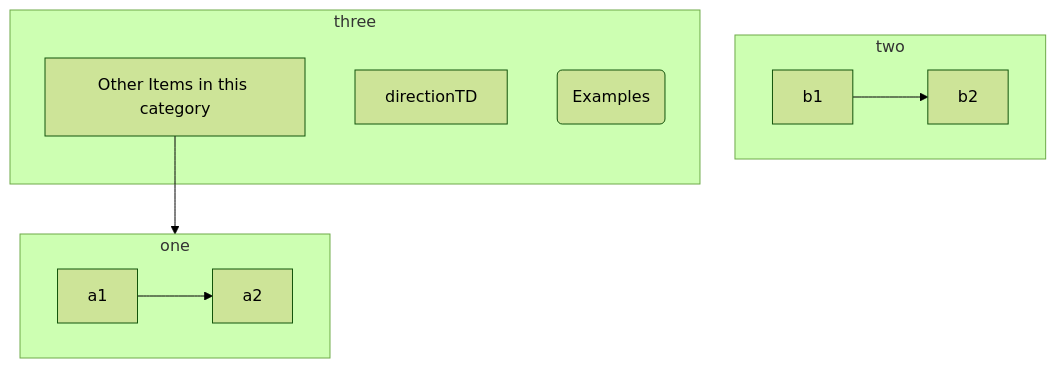
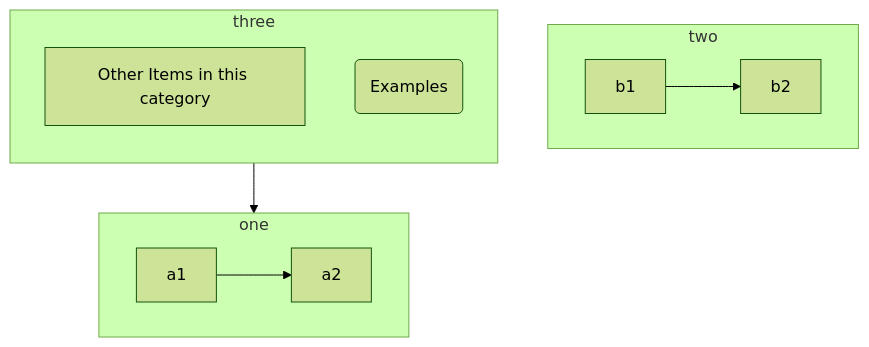
One commit to gerbssusd/dok changed the diagram in slides.md. Above: the diagram before and after it, drawn with Mermaid (forest theme).

````diff
--- a/slides.md
+++ b/slides.md
@@ -217,22 +217,22 @@
 ```mermaid
 flowchart TB
     c1-->a2
     subgraph one 
      direction LR
     a1-->a2
     end
     subgraph two
     b1-->b2
     end
     subgraph three 
-      directionTD
+      direction TD
     c1[Other Items in this category] 
     c2(Examples)
     end
 
 
 
 
 
 
 ```
````
